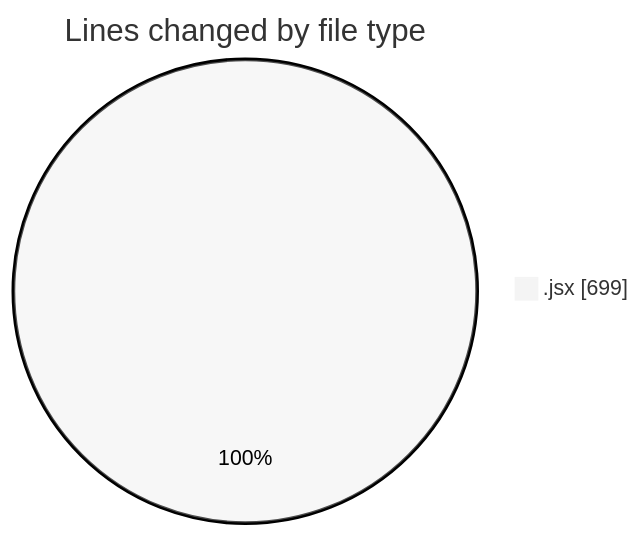
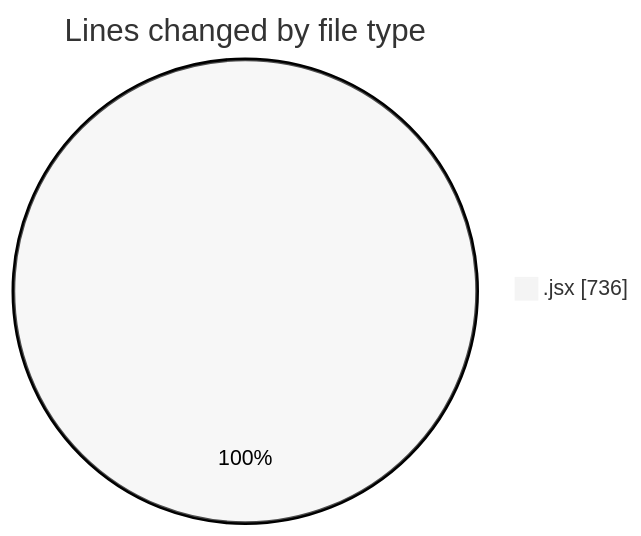
One commit to nxtqubesakshisongat/code-tracking changed the first of 2 diagrams in 2025-07-11/argos/README.md. Above: the diagram before and after it, drawn with Mermaid (neutral theme). The commit also changed other lines of this file and 1 other file, not shown here.

````diff
--- a/2025-07-11/argos/README.md
+++ b/2025-07-11/argos/README.md
@@ -22,5 +22,5 @@
 ```mermaid
 pie showData
 title Lines changed by file type
-".jsx" : 699
+".jsx" : 736
 ```
````
